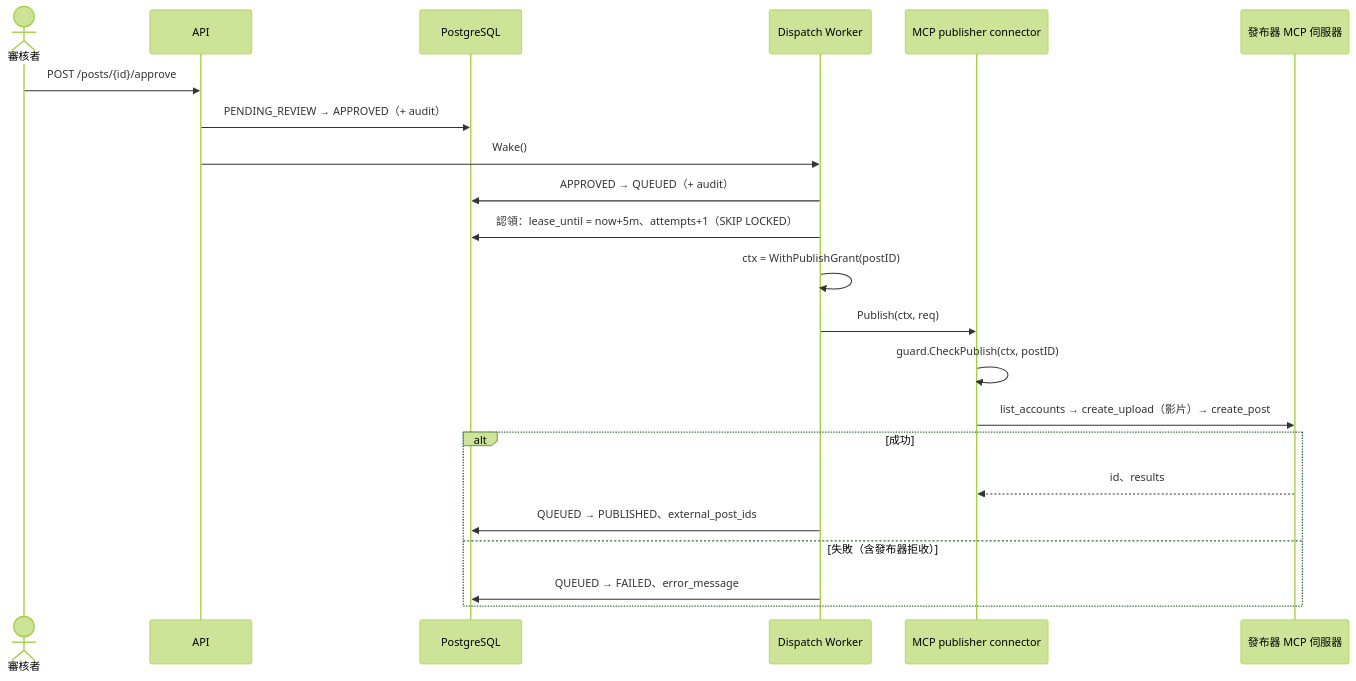
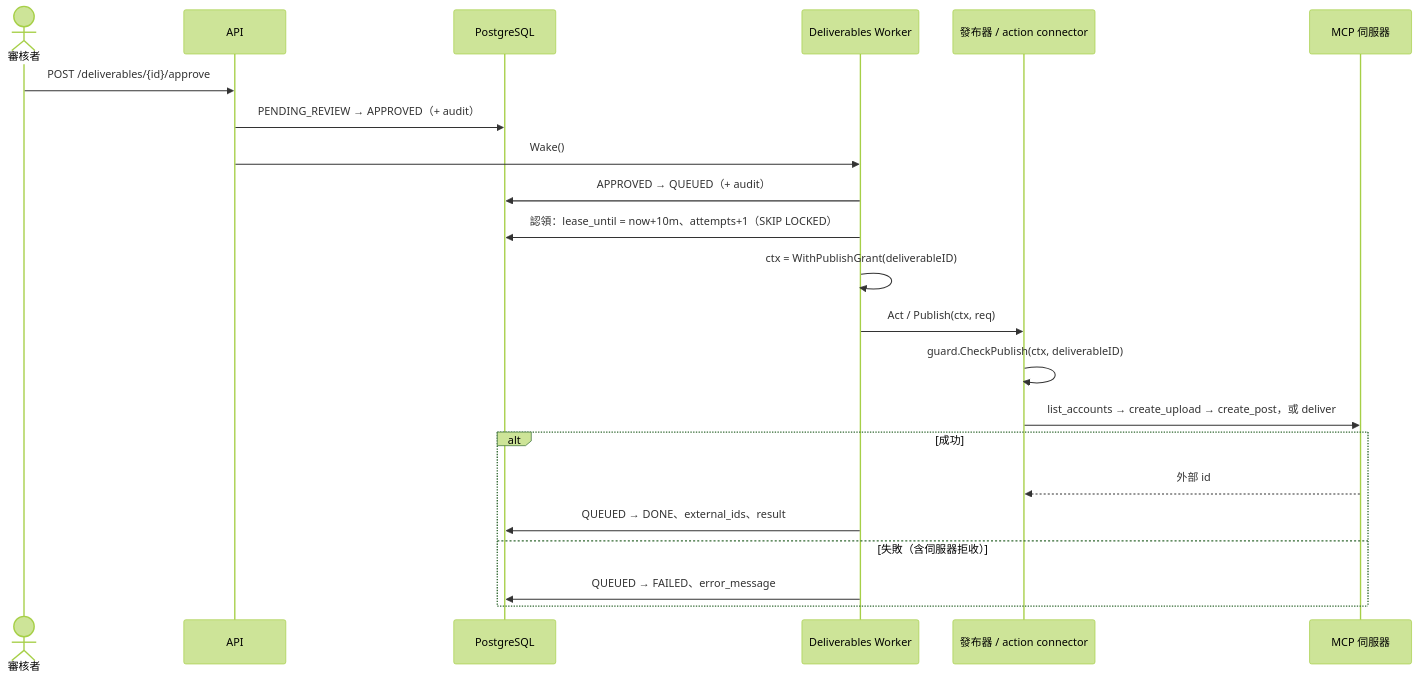
One commit to j75689/cueflow changed the fifth of 6 diagrams in docs/zh-TW/architecture.md. Above: the diagram before and after it, drawn with Mermaid (forest theme). The commit also changed other lines of this file and 14 other files, not shown here.

````diff
--- a/docs/zh-TW/architecture.md
+++ b/docs/zh-TW/architecture.md
@@ -252,25 +255,25 @@
 ```mermaid
 sequenceDiagram
     actor R as 審核者
     participant API
     participant DB as PostgreSQL
-    participant W as Dispatch Worker
-    participant P as MCP publisher connector
-    participant Z as 發布器 MCP 伺服器
+    participant W as Deliverables Worker
+    participant P as 發布器 / action connector
+    participant Z as MCP 伺服器
 
-    R->>API: POST /posts/{id}/approve
+    R->>API: POST /deliverables/{id}/approve
     API->>DB: PENDING_REVIEW → APPROVED（+ audit）
     API->>W: Wake()
     W->>DB: APPROVED → QUEUED（+ audit）
-    W->>DB: 認領：lease_until = now+5m、attempts+1（SKIP LOCKED）
-    W->>W: ctx = WithPublishGrant(postID)
-    W->>P: Publish(ctx, req)
-    P->>P: guard.CheckPublish(ctx, postID)
-    P->>Z: list_accounts → create_upload（影片）→ create_post
+    W->>DB: 認領：lease_until = now+10m、attempts+1（SKIP LOCKED）
+    W->>W: ctx = WithPublishGrant(deliverableID)
+    W->>P: Act / Publish(ctx, req)
+    P->>P: guard.CheckPublish(ctx, deliverableID)
+    P->>Z: list_accounts → create_upload → create_post，或 deliver
     alt 成功
-        Z-->>P: id、results
-        W->>DB: QUEUED → PUBLISHED、external_post_ids
-    else 失敗（含發布器拒收）
+        Z-->>P: 外部 id
+        W->>DB: QUEUED → DONE、external_ids、result
+    else 失敗（含伺服器拒收）
         W->>DB: QUEUED → FAILED、error_message
     end
 ```
````
